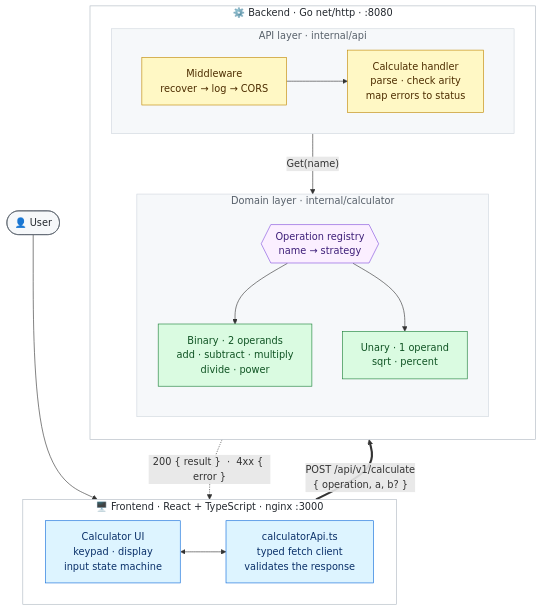
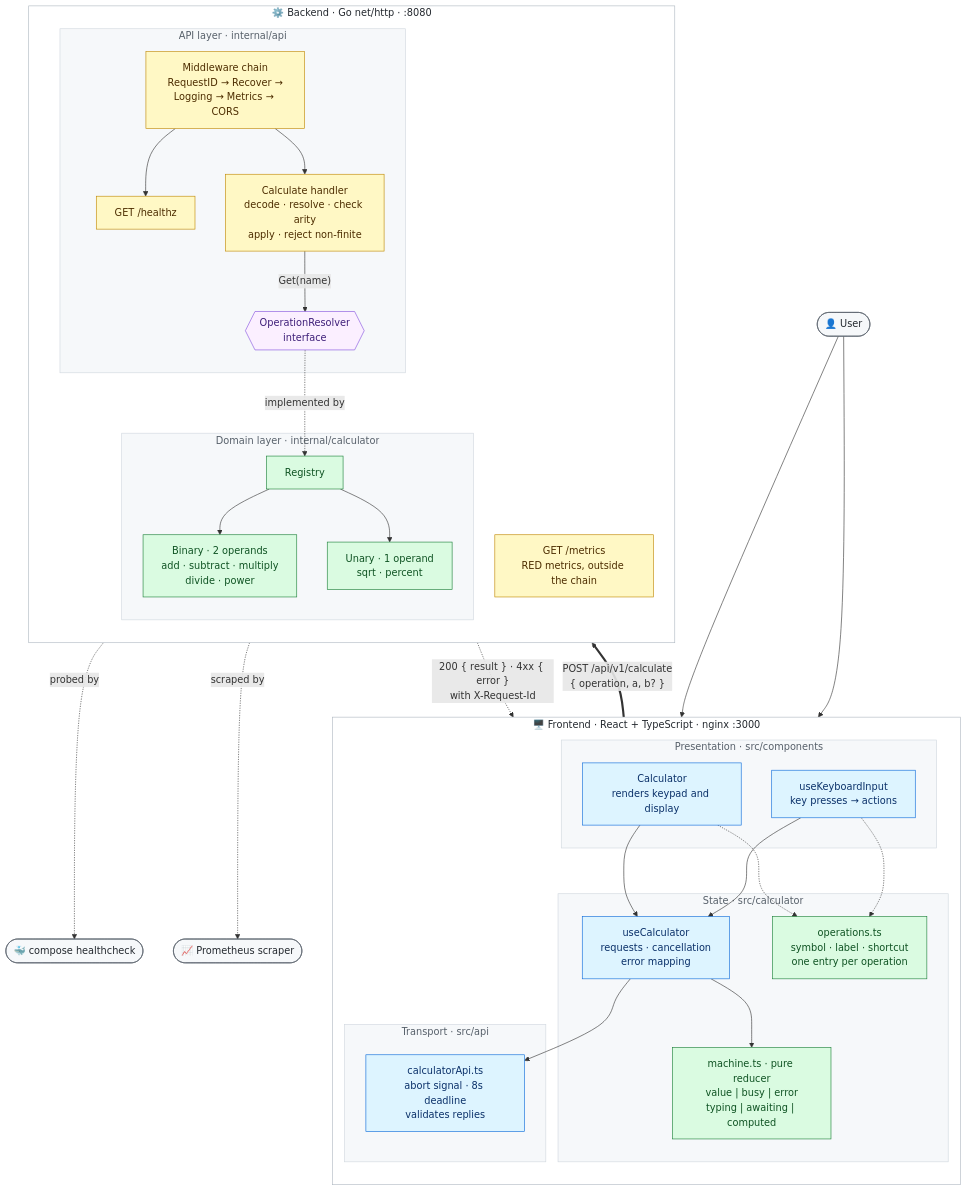
One commit to ysaatci/calculator-app changed the diagram in README.md. Above: the diagram before and after it, drawn with Mermaid. The commit also changed other lines of this file, not shown here.

Commit message:
docs: redraw the architecture diagram to match the final code
The diagram still showed a three-step middleware chain and a single frontend box. It now shows the frontend's presentation, state and transport layers, the full middleware chain, /metrics outside it, the OperationResolver seam between API and domain, and what probes and scrapes the service. Checked to render under GitHub's strict Mermaid settings.

````diff
--- a/README.md
+++ b/README.md
@@ -7,54 +7,78 @@
 ```mermaid
 flowchart TB
     User(["👤 User"])
 
     subgraph FE ["🖥️  Frontend · React + TypeScript · nginx :3000"]
-        direction LR
-        UI["Calculator UI<br/>keypad · display<br/>input state machine"]
-        Client["calculatorApi.ts<br/>typed fetch client<br/>validates the response"]
-        UI <--> Client
+        direction TB
+        subgraph VIEW ["Presentation · src/components"]
+            UI["Calculator<br/>renders keypad and display"]
+            KB["useKeyboardInput<br/>key presses → actions"]
+        end
+        subgraph STATE ["State · src/calculator"]
+            HOOK["useCalculator<br/>requests · cancellation<br/>error mapping"]
+            OPTABLE["operations.ts<br/>symbol · label · shortcut<br/>one entry per operation"]
+            MACHINE["machine.ts · pure reducer<br/>value | busy | error<br/>typing | awaiting | computed"]
+        end
+        subgraph TRANSPORT ["Transport · src/api"]
+            CLIENT["calculatorApi.ts<br/>abort signal · 8s deadline<br/>validates replies"]
+        end
+        UI --> HOOK
+        KB --> HOOK
+        UI -.-> OPTABLE
+        KB -.-> OPTABLE
+        HOOK --> MACHINE
+        HOOK --> CLIENT
     end
 
     subgraph BE ["⚙️  Backend · Go net/http · :8080"]
         direction TB
-
         subgraph APIL ["API layer · internal/api"]
-            direction LR
-            MW["Middleware<br/>recover → log → CORS"]
-            H["Calculate handler<br/>parse · check arity<br/>map errors to status"]
-            MW --> H
+            CHAIN["Middleware chain<br/>RequestID → Recover →<br/>Logging → Metrics → CORS"]
+            HEALTH["GET /healthz"]
+            H["Calculate handler<br/>decode · resolve · check arity<br/>apply · reject non-finite"]
+            RES{{"OperationResolver<br/>interface"}}
+            CHAIN --> HEALTH
+            CHAIN --> H
+            H -- "Get(name)" --> RES
         end
-
+        METRICS["GET /metrics<br/>RED metrics, outside the chain"]
         subgraph DOM ["Domain layer · internal/calculator"]
-            direction TB
-            REG{{"Operation registry<br/>name → strategy"}}
+            REG["Registry"]
             BIN["Binary · 2 operands<br/>add · subtract · multiply<br/>divide · power"]
             UN["Unary · 1 operand<br/>sqrt · percent"]
             REG --> BIN
             REG --> UN
         end
-
-        H -- "Get(name)" --> REG
+        RES -. "implemented by" .-> REG
     end
 
+    Compose(["🐳 compose healthcheck"])
+    Scraper(["📈 Prometheus scraper"])
+
     User --> UI
-    Client == "POST /api/v1/calculate<br/>{ operation, a, b? }" ==> MW
-    H -. "200 { result }  ·  4xx { error }" .-> Client
+    User --> KB
+    CLIENT == "POST /api/v1/calculate<br/>{ operation, a, b? }" ==> CHAIN
+    H -. "200 { result } · 4xx { error }<br/>with X-Request-Id" .-> CLIENT
+    HEALTH -. "probed by" .-> Compose
+    METRICS -. "scraped by" .-> Scraper
 
-    classDef edge fill:#f6f8fa,stroke:#57606a,stroke-width:1px,color:#24292f
+    classDef actor fill:#f6f8fa,stroke:#57606a,stroke-width:1px,color:#24292f
     classDef front fill:#ddf4ff,stroke:#0969da,stroke-width:1px,color:#0a3069
     classDef api fill:#fff8c5,stroke:#bf8700,stroke-width:1px,color:#4d2d00
     classDef domain fill:#dafbe1,stroke:#1a7f37,stroke-width:1px,color:#0f5323
-    classDef store fill:#fbefff,stroke:#8250df,stroke-width:1px,color:#3e1f79
+    classDef contract fill:#fbefff,stroke:#8250df,stroke-width:1px,color:#3e1f79
 
-    class User edge
-    class UI,Client front
-    class MW,H api
-    class BIN,UN domain
-    class REG store
+    class User,Compose,Scraper actor
+    class UI,KB,HOOK,CLIENT front
+    class CHAIN,HEALTH,H,METRICS api
+    class MACHINE,OPTABLE,REG,BIN,UN domain
+    class RES contract
 
     style FE fill:#ffffff,stroke:#afb8c1,color:#24292f
     style BE fill:#ffffff,stroke:#afb8c1,color:#24292f
+    style VIEW fill:#f6f8fa,stroke:#d0d7de,color:#57606a
+    style STATE fill:#f6f8fa,stroke:#d0d7de,color:#57606a
+    style TRANSPORT fill:#f6f8fa,stroke:#d0d7de,color:#57606a
     style APIL fill:#f6f8fa,stroke:#d0d7de,color:#57606a
     style DOM fill:#f6f8fa,stroke:#d0d7de,color:#57606a
 ```
````
